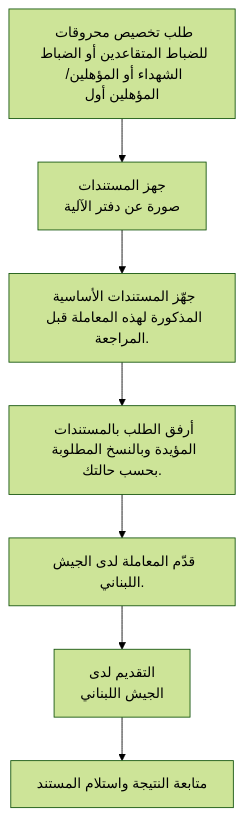
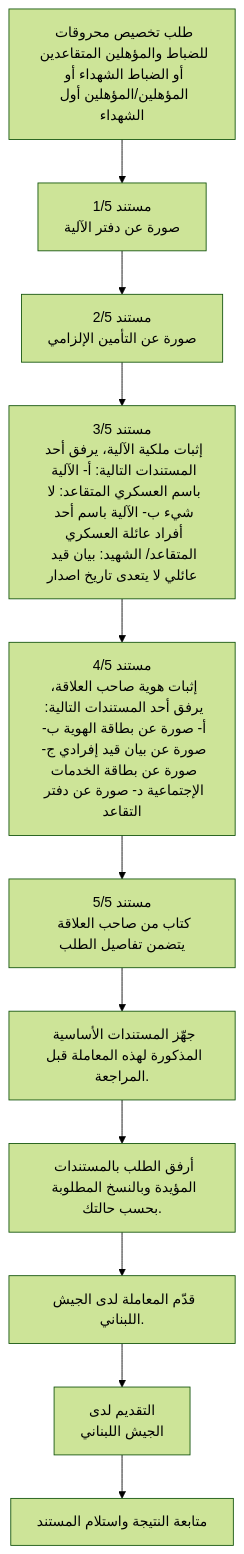
The diagram in kb_vnext/data/flows/proc-0086.mmd (aboumaachar/watanybot), drawn with Mermaid (forest theme) before and after one commit. The commit also changed 99 other files, not shown here.

```diff
--- a/kb_vnext/data/flows/proc-0086.mmd
+++ b/kb_vnext/data/flows/proc-0086.mmd
@@ -1,14 +1,22 @@
 flowchart TD
-  A["طلب تخصيص محروقات للضباط المتقاعدين أو الضباط الشهداء أو المؤهلين/ المؤهلين أول "]
-  N1["جهز المستندات\nصورة عن دفتر الآلية"]
+  A["طلب تخصيص محروقات للضباط والمؤهلين المتقاعدين أو الضباط الشهداء أو المؤهلين/المؤهلين أول الشهداء"]
+  N1["مستند 1/5\nصورة عن دفتر الآلية"]
   A --> N1
-  N2["جهّز المستندات الأساسية المذكورة لهذه المعاملة قبل المراجعة."]
+  N2["مستند 2/5\nصورة عن التأمين الإلزامي"]
   N1 --> N2
-  N3["أرفق الطلب بالمستندات المؤيدة وبالنسخ المطلوبة بحسب حالتك."]
+  N3["مستند 3/5\nإثبات ملكية الآلية، يرفق أحد المستندات التالية: أ- الآلية باسم العسكري المتقاعد: لا شيء ب- الآلية باسم أحد أفراد عائلة العسكري المتقاعد/ الشهيد: بيان قيد عائلي لا يتعدى تاريخ اصدار"]
   N2 --> N3
-  N4["قدّم المعاملة لدى الجيش اللبناني."]
+  N4["مستند 4/5\nإثبات هوية صاحب العلاقة، يرفق أحد المستندات التالية: أ- صورة عن بطاقة الهوية ب- صورة عن بيان قيد إفرادي ج- صورة عن بطاقة الخدمات الإجتماعية د- صورة عن دفتر التقاعد"]
   N3 --> N4
-  N5["التقديم لدى\nالجيش اللبناني"]
+  N5["مستند 5/5\nكتاب من صاحب العلاقة يتضمن تفاصيل الطلب"]
   N4 --> N5
+  N6["جهّز المستندات الأساسية المذكورة لهذه المعاملة قبل المراجعة."]
+  N5 --> N6
+  N7["أرفق الطلب بالمستندات المؤيدة وبالنسخ المطلوبة بحسب حالتك."]
+  N6 --> N7
+  N8["قدّم المعاملة لدى الجيش اللبناني."]
+  N7 --> N8
+  N9["التقديم لدى\nالجيش اللبناني"]
+  N8 --> N9
   Z["متابعة النتيجة واستلام المستند"]
-  N5 --> Z
+  N9 --> Z
```
